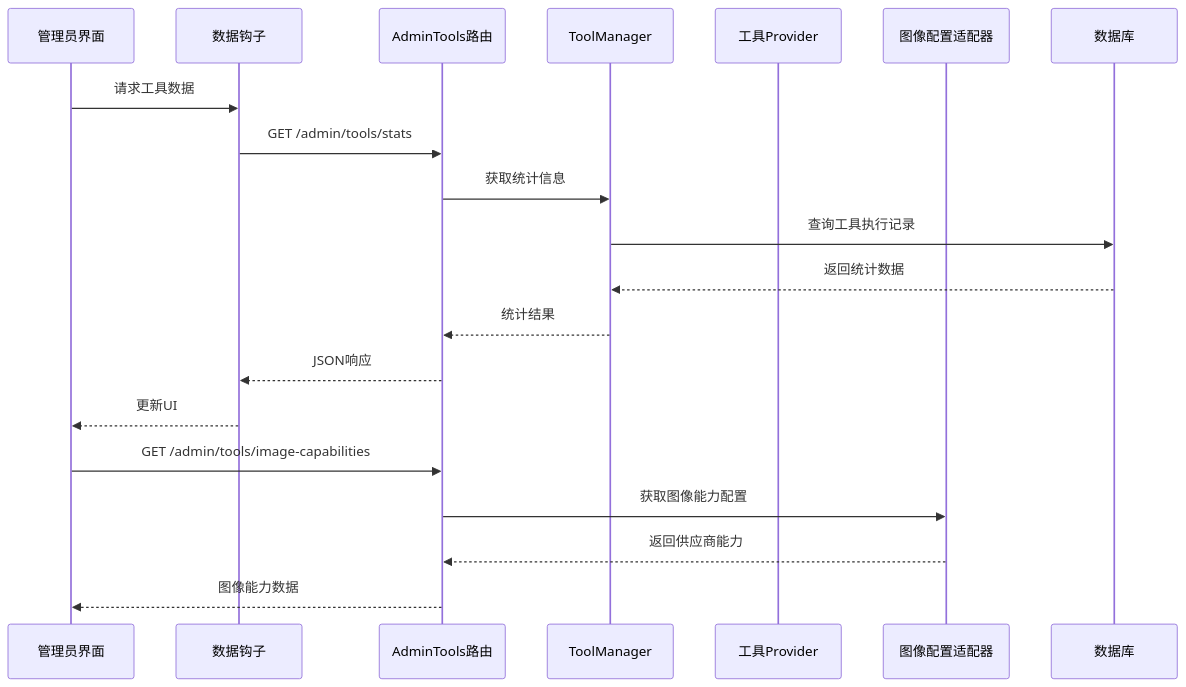
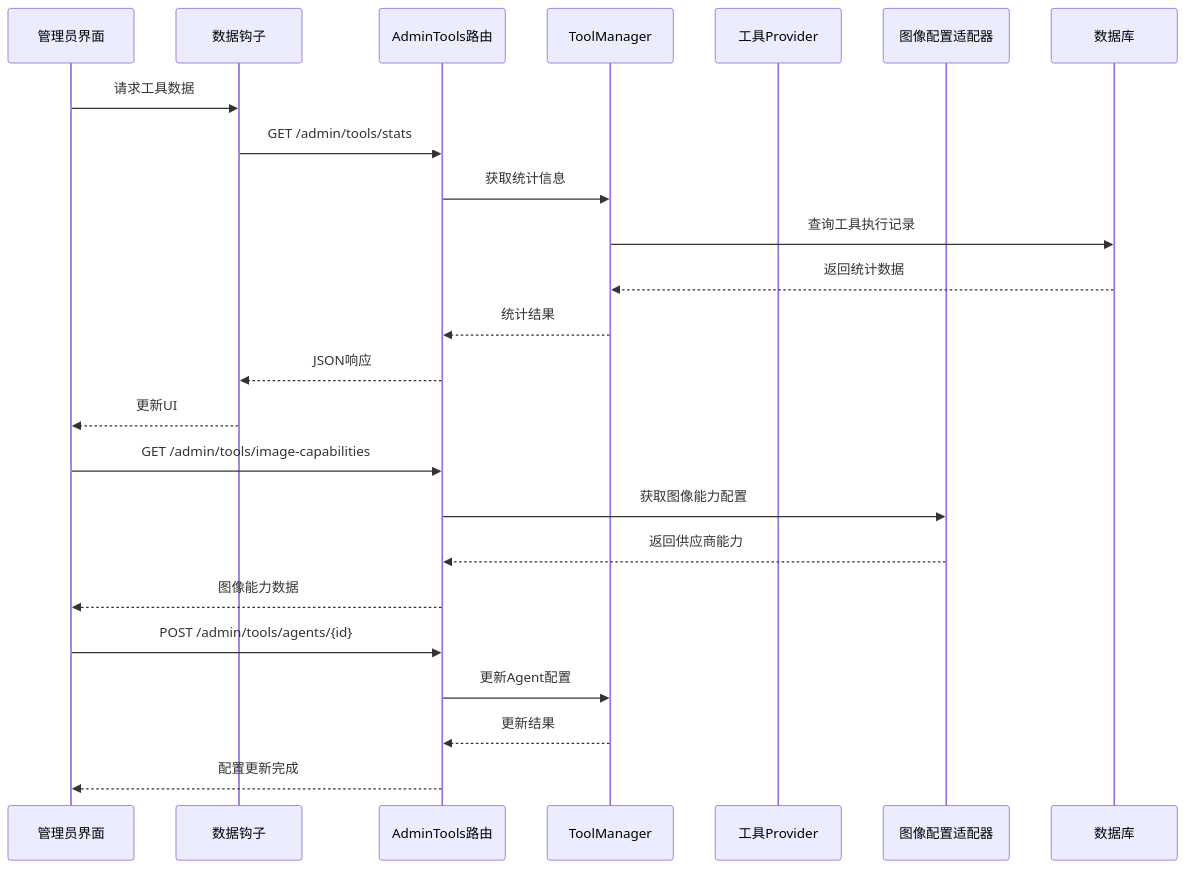
The second of 11 diagrams in .qoder/repowiki/zh/content/管理员后台系统/管理员工具管理.md (KunLabAI/KunFlix), drawn with Mermaid before and after one commit. The commit also changed other lines of this file and 24 other files, not shown here.

````diff
--- a/.qoder/repowiki/zh/content/管理员后台系统/管理员工具管理.md
+++ b/.qoder/repowiki/zh/content/管理员后台系统/管理员工具管理.md
@@ -132,22 +137,26 @@
 ```mermaid
 sequenceDiagram
 participant Admin as 管理员界面
 participant Hook as 数据钩子
 participant API as AdminTools路由
 participant Manager as ToolManager
 participant Provider as 工具Provider
 participant ImageAdapter as 图像配置适配器
 participant DB as 数据库
 Admin->>Hook : 请求工具数据
 Hook->>API : GET /admin/tools/stats
 API->>Manager : 获取统计信息
 Manager->>DB : 查询工具执行记录
 DB-->>Manager : 返回统计数据
 Manager-->>API : 统计结果
 API-->>Hook : JSON响应
 Hook-->>Admin : 更新UI
 Admin->>API : GET /admin/tools/image-capabilities
 API->>ImageAdapter : 获取图像能力配置
 ImageAdapter-->>API : 返回供应商能力
 API-->>Admin : 图像能力数据
+Admin->>API : POST /admin/tools/agents/{id}
+API->>Manager : 更新Agent配置
+Manager-->>API : 更新结果
+API-->>Admin : 配置更新完成
 ```
````
